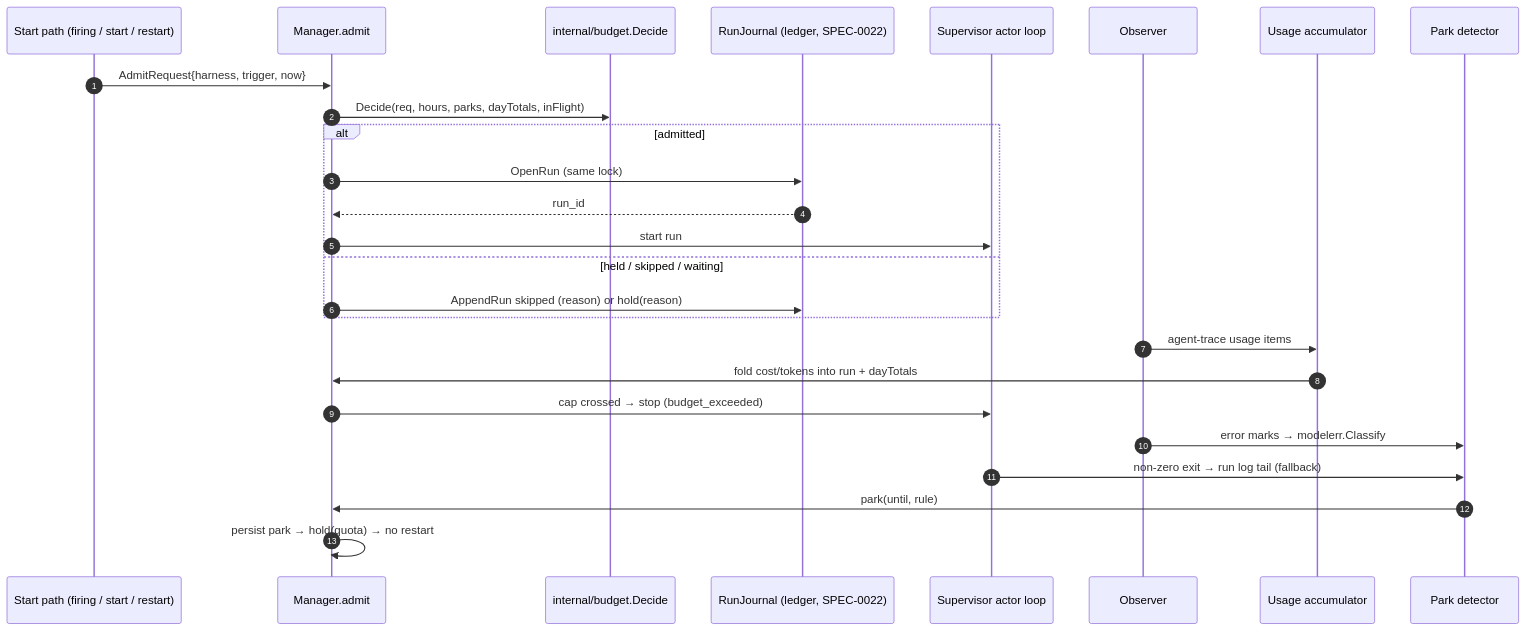
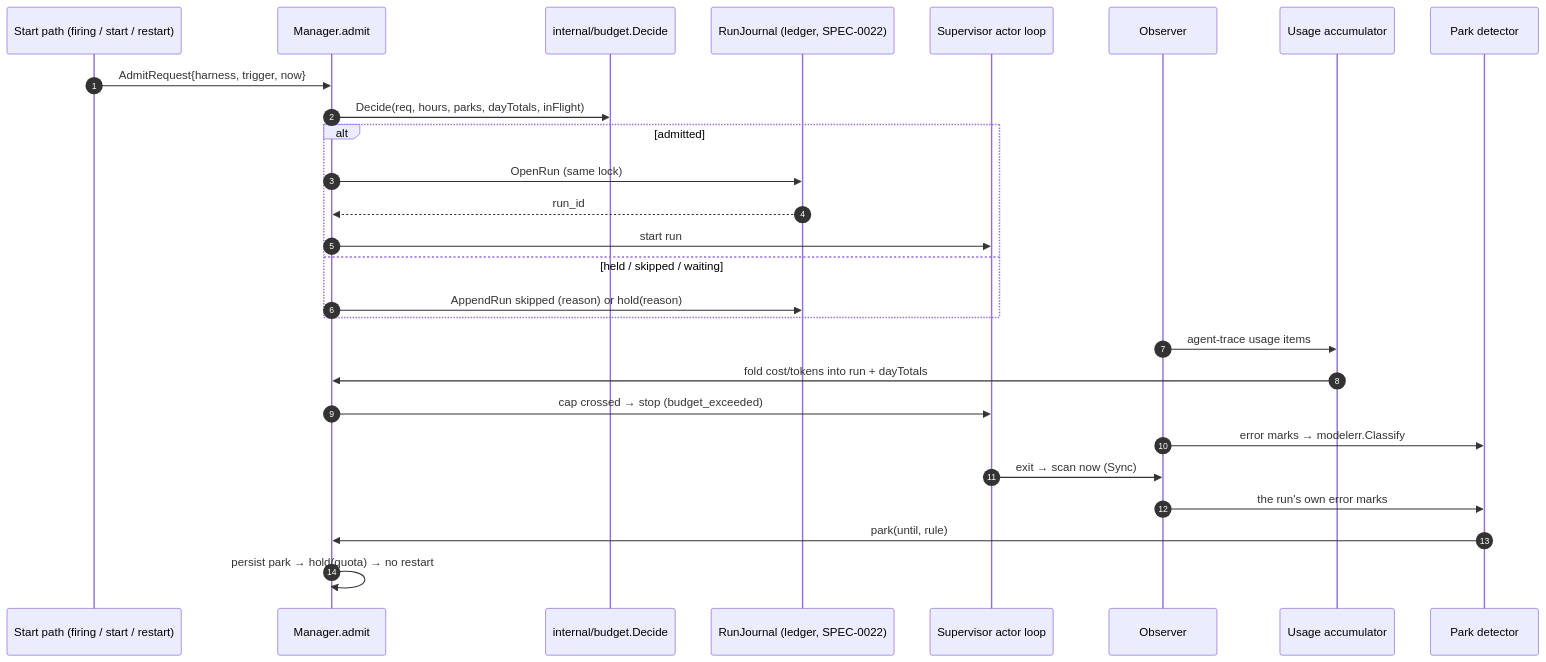
One commit to jbrandstetter/harness changed the first of 2 diagrams in docs/openspec/specs/run-budgets/design.md. Above: the diagram before and after it, drawn with Mermaid. The commit also changed other lines of this file and 3 other files, not shown here.

````diff
--- a/docs/openspec/specs/run-budgets/design.md
+++ b/docs/openspec/specs/run-budgets/design.md
@@ -268,29 +274,30 @@
 ```mermaid
 sequenceDiagram
     autonumber
     participant Src as Start path (firing / start / restart)
     participant M as Manager.admit
     participant B as internal/budget.Decide
     participant J as RunJournal (ledger, SPEC-0022)
     participant S as Supervisor actor loop
     participant O as Observer
     participant A as Usage accumulator
     participant D as Park detector
 
     Src->>M: AdmitRequest{harness, trigger, now}
     M->>B: Decide(req, hours, parks, dayTotals, inFlight)
     alt admitted
         M->>J: OpenRun (same lock)
         J-->>M: run_id
         M->>S: start run
     else held / skipped / waiting
         M->>J: AppendRun skipped (reason) or hold(reason)
     end
     O->>A: agent-trace usage items
     A->>M: fold cost/tokens into run + dayTotals
     M->>S: cap crossed → stop (budget_exceeded)
     O->>D: error marks → modelerr.Classify
-    S->>D: non-zero exit → run log tail (fallback)
+    S->>O: exit → scan now (Sync)
+    O->>D: the run's own error marks
     D->>M: park(until, rule)
     M->>M: persist park → hold(quota) → no restart
 ```
````
